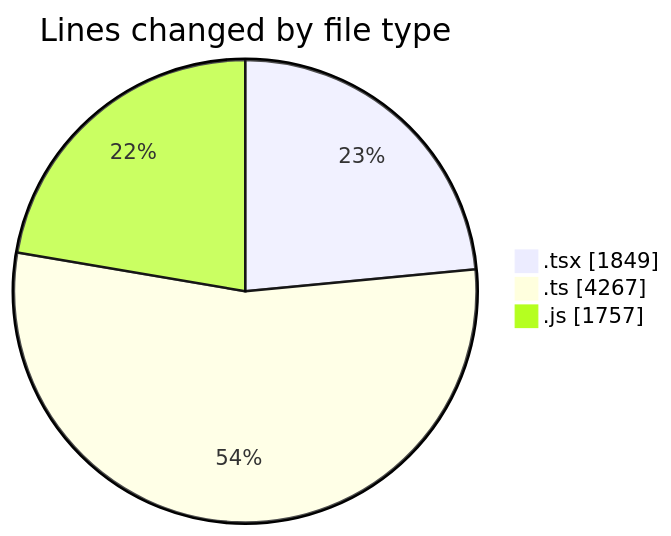
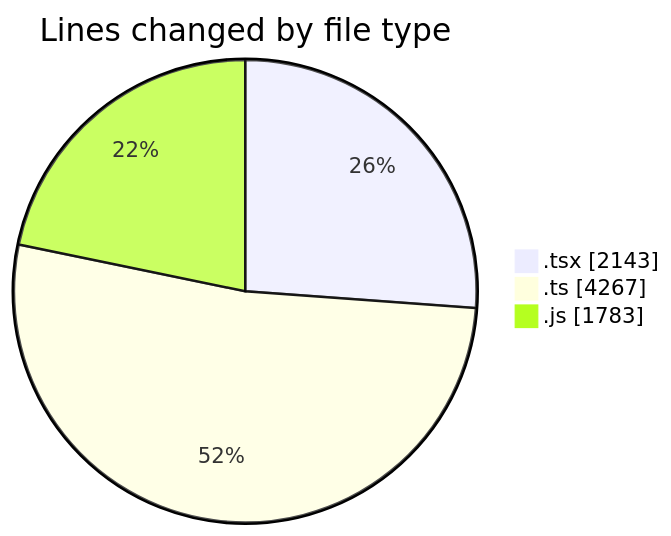
One commit to momahboobian/code-tracking changed the first of 2 diagrams in 2026-07-31/cda/README.md. Above: the diagram before and after it, drawn with Mermaid. The commit also changed other lines of this file and 1 other file, not shown here.

````diff
--- a/2026-07-31/cda/README.md
+++ b/2026-07-31/cda/README.md
@@ -47,7 +48,7 @@
 ```mermaid
 pie showData
 title Lines changed by file type
-".tsx" : 1849
+".tsx" : 2143
 ".ts" : 4267
-".js" : 1757
+".js" : 1783
 ```
````
